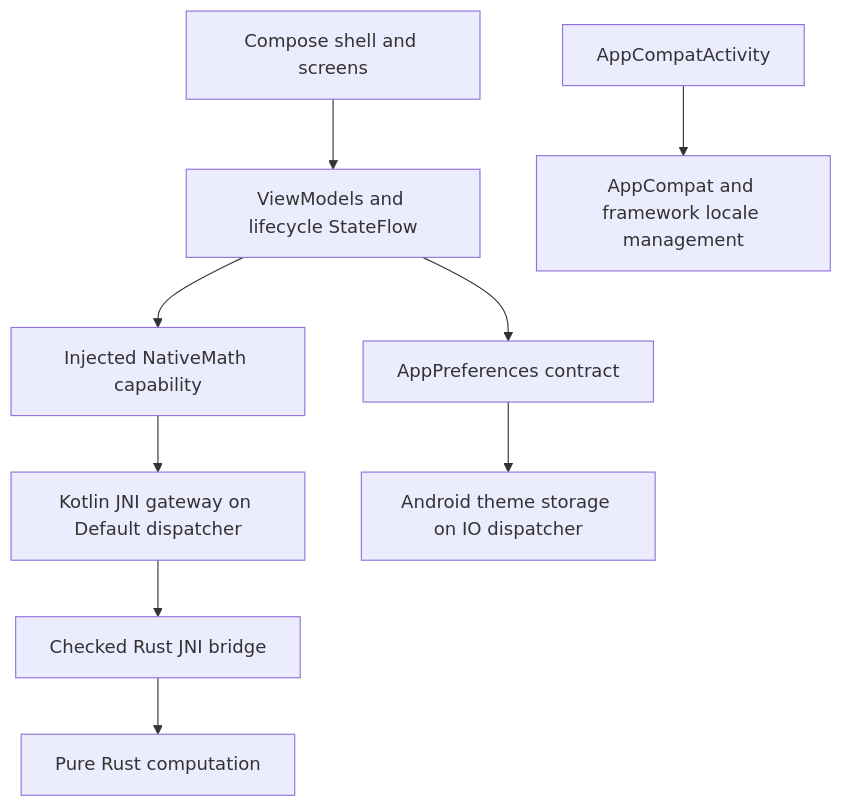
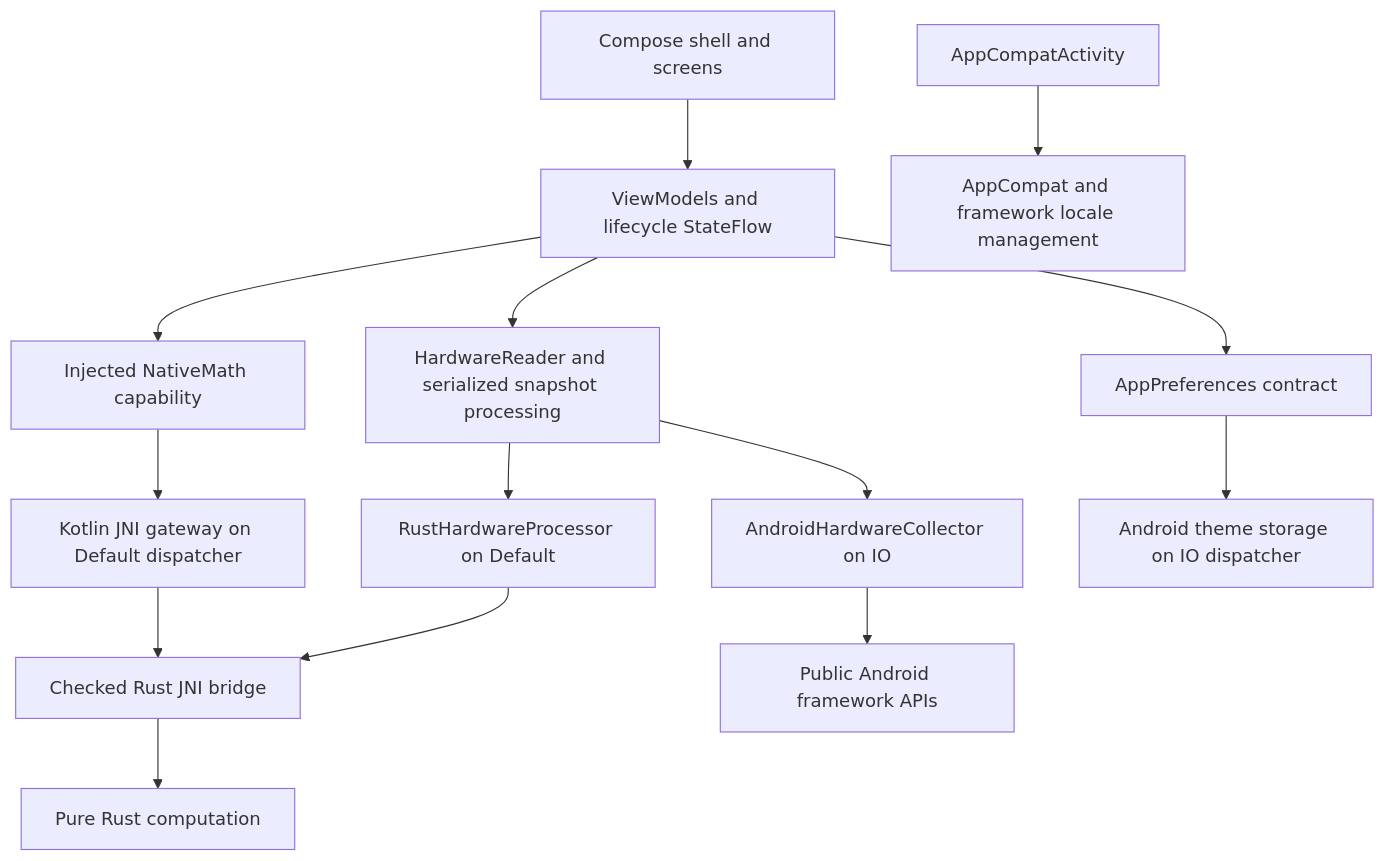
One commit to masoudd2159/DeviceAtlas changed the diagram in docs/architecture/overview.md. Above: the diagram before and after it, drawn with Mermaid. The commit also changed other lines of this file and 9 other files, not shown here.

Commit message:
docs: document Phase 2 architecture and verified delivery

````diff
--- a/docs/architecture/overview.md
+++ b/docs/architecture/overview.md
@@ -27,11 +31,16 @@
 ```mermaid
 flowchart TD
     Compose[Compose shell and screens] --> State[ViewModels and lifecycle StateFlow]
     State --> Capability[Injected NativeMath capability]
     Capability --> Gateway[Kotlin JNI gateway on Default dispatcher]
     Gateway --> Bridge[Checked Rust JNI bridge]
     Bridge --> Core[Pure Rust computation]
+    State --> Hardware[HardwareReader and serialized snapshot processing]
+    Hardware --> Collector[AndroidHardwareCollector on IO]
+    Collector --> APIs[Public Android framework APIs]
+    Hardware --> Metrics[RustHardwareProcessor on Default]
+    Metrics --> Bridge
     State --> Preferences[AppPreferences contract]
     Preferences --> Android[Android theme storage on IO dispatcher]
     Activity[AppCompatActivity] --> Locales[AppCompat and framework locale management]
 ```
````
